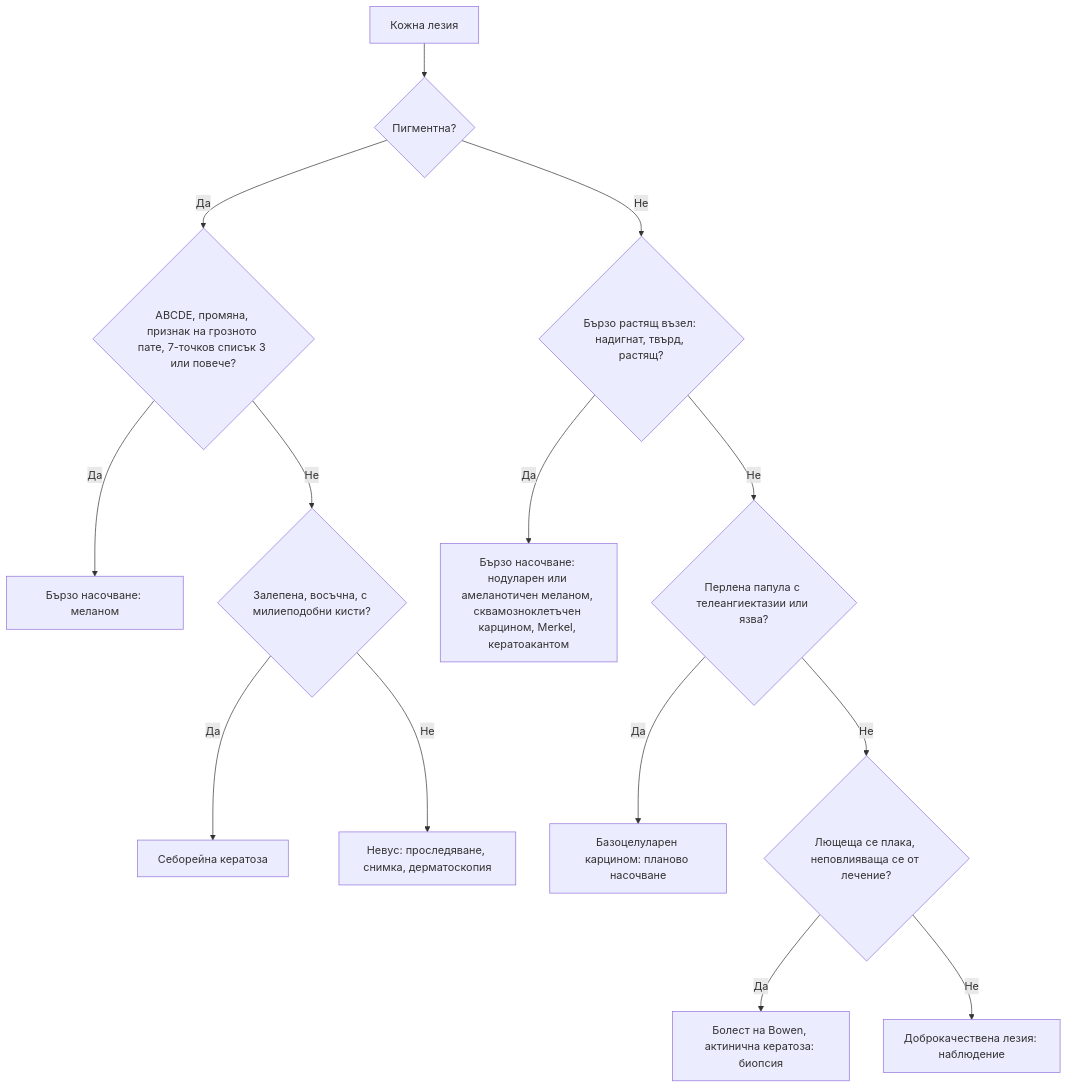
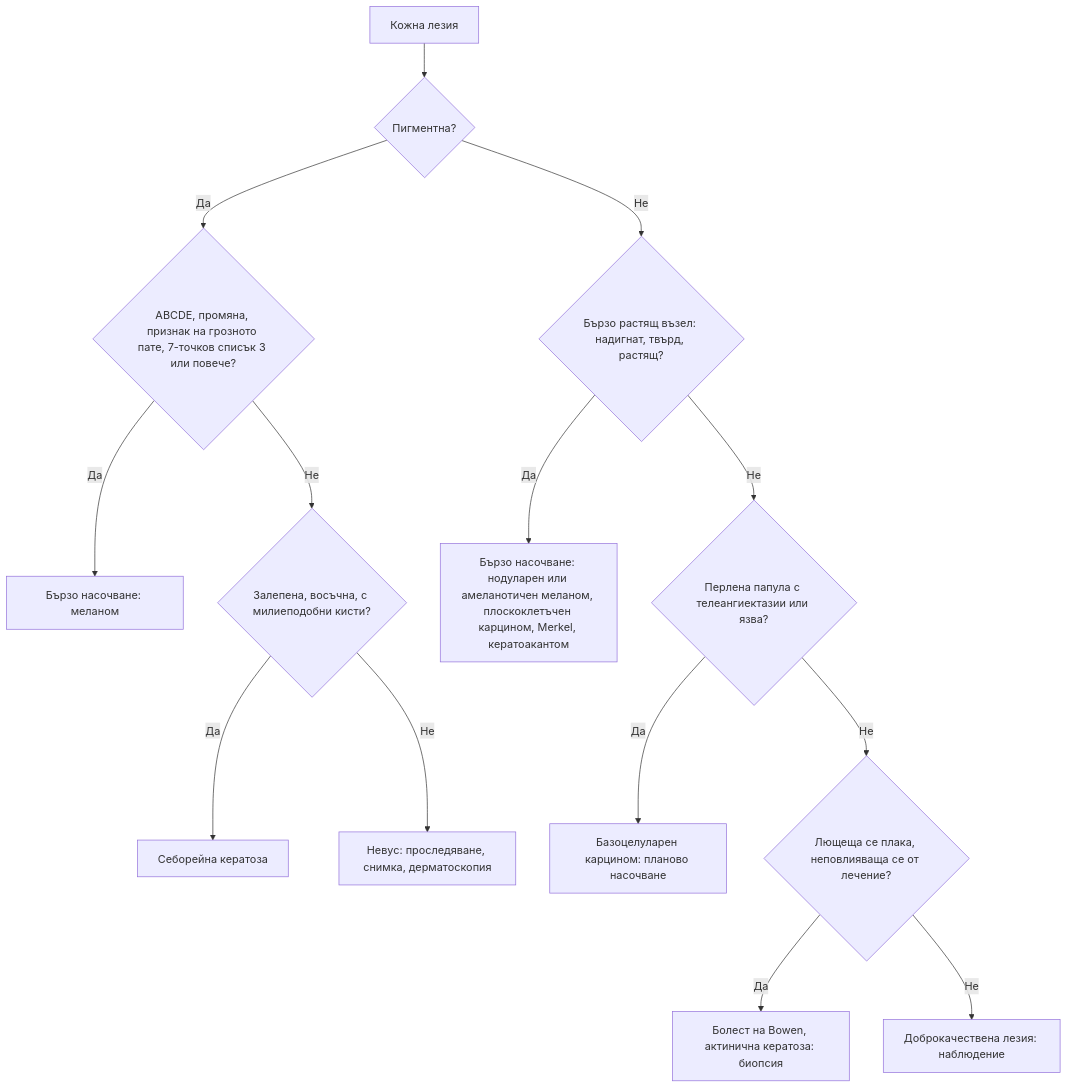
Before and after one commit to yancho26/yancho: the diagram in glavi/57-pigmentni-lezii.md, drawn with Mermaid. The commit also changed other lines of this file and 6 other files, not shown here.

First line of the commit message:
Езикова редакция: глава 57; плоскоклетъчен карцином

````diff
--- a/glavi/57-pigmentni-lezii.md
+++ b/glavi/57-pigmentni-lezii.md
@@ -180,18 +180,18 @@
 ```mermaid
 flowchart TD
     accTitle: Диагностичен алгоритъм при пигментни лезии и кожни новообразувания
     accDescr: Блок-схема. Начало: Кожна лезия. Въпроси: Пигментна? · ABCDE, промяна, признак на грозното пате, 7-точков списък 3 или повече? · Бързо растящ възел: надигнат, твърд, растящ? · Залепена, восъчна, с милиеподобни кисти? · Перлена папула с телеангиектазии или язва? · Лющеща се плака, неповлияваща се от лечение? Пълното текстово описание е под схемата.
     A["Кожна лезия"] --> B{"Пигментна?"}
     B -->|Да| C{"ABCDE, промяна, признак на грозното пате, 7-точков списък 3 или повече?"}
     C -->|Да| D["Бързо насочване: меланом"]
     C -->|Не| E{"Залепена, восъчна, с милиеподобни кисти?"}
     E -->|Да| F["Себорейна кератоза"]
     E -->|Не| G["Невус: проследяване, снимка, дерматоскопия"]
     B -->|Не| H{"Бързо растящ възел: надигнат, твърд, растящ?"}
-    H -->|Да| I["Бързо насочване: нодуларен или амеланотичен меланом, сквамозноклетъчен карцином, Merkel, кератоакантом"]
+    H -->|Да| I["Бързо насочване: нодуларен или амеланотичен меланом, плоскоклетъчен карцином, Merkel, кератоакантом"]
     H -->|Не| J{"Перлена папула с телеангиектазии или язва?"}
     J -->|Да| K["Базоцелуларен карцином: планово насочване"]
     J -->|Не| L{"Лющеща се плака, неповлияваща се от лечение?"}
     L -->|Да| M["Болест на Bowen, актинична кератоза: биопсия"]
     L -->|Не| N["Доброкачествена лезия: наблюдение"]
 ```
````
